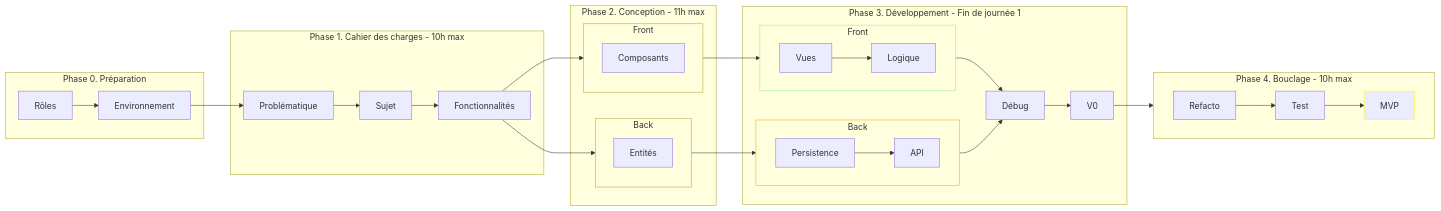
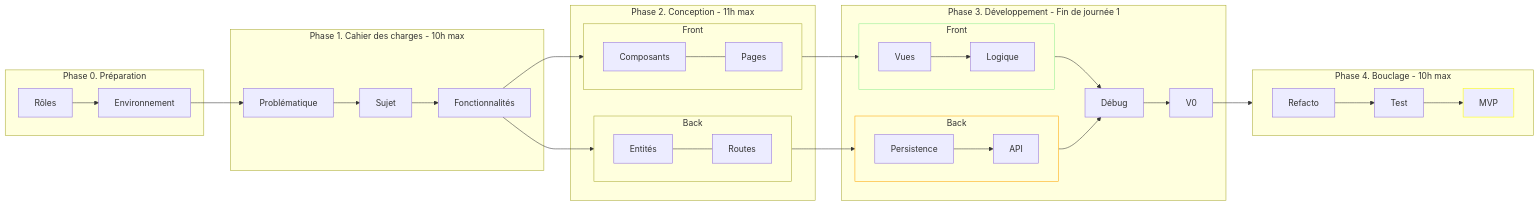
One commit to sximenez/2023-10-oct-hackathon-doc changed the first of 4 diagrams in README.md. Above: the diagram before and after it, drawn with Mermaid.

Commit message:
3 oct 2023: update

````diff
--- a/README.md
+++ b/README.md
@@ -27,53 +27,55 @@
 ```mermaid
 graph LR
 
 subgraph Phase 0. Préparation
 Rôles --> Environnement
 end
 
 Environnement --> Problématique
 
 subgraph Phase 1. Cahier des charges - 10h max
 Problématique --> Sujet --> Fonctionnalités
 end
 
 subgraph Phase 2. Conception - 11h max
 
 subgraph 1[Front]
-Composants
+direction LR
+Composants --- Pages
 end
 
 subgraph 2[Back]
-Entités
+direction LR
+Entités --- Routes
 end
 
 end
 
 subgraph Phase 3. Développement - Fin de journée 1
 
 subgraph 3[Front]
 direction LR
 Vues --> Logique
 end
 
 subgraph 4[Back]
 direction LR
 Persistence --> API
 end
 
 Débug --> V0
 
 end
 
 subgraph Phase 4. Bouclage - 10h max
 direction LR
 V0 --> Refacto --> Test --> MVP
 end
 
 Fonctionnalités --> 1[Front] --> 3[Front] --> Débug
 Fonctionnalités --> 2[Back] --> 4[Back] --> Débug
 
 style 3 stroke:lightgreen
 style 4 stroke:orange
 style MVP stroke:yellow
 ```
````
